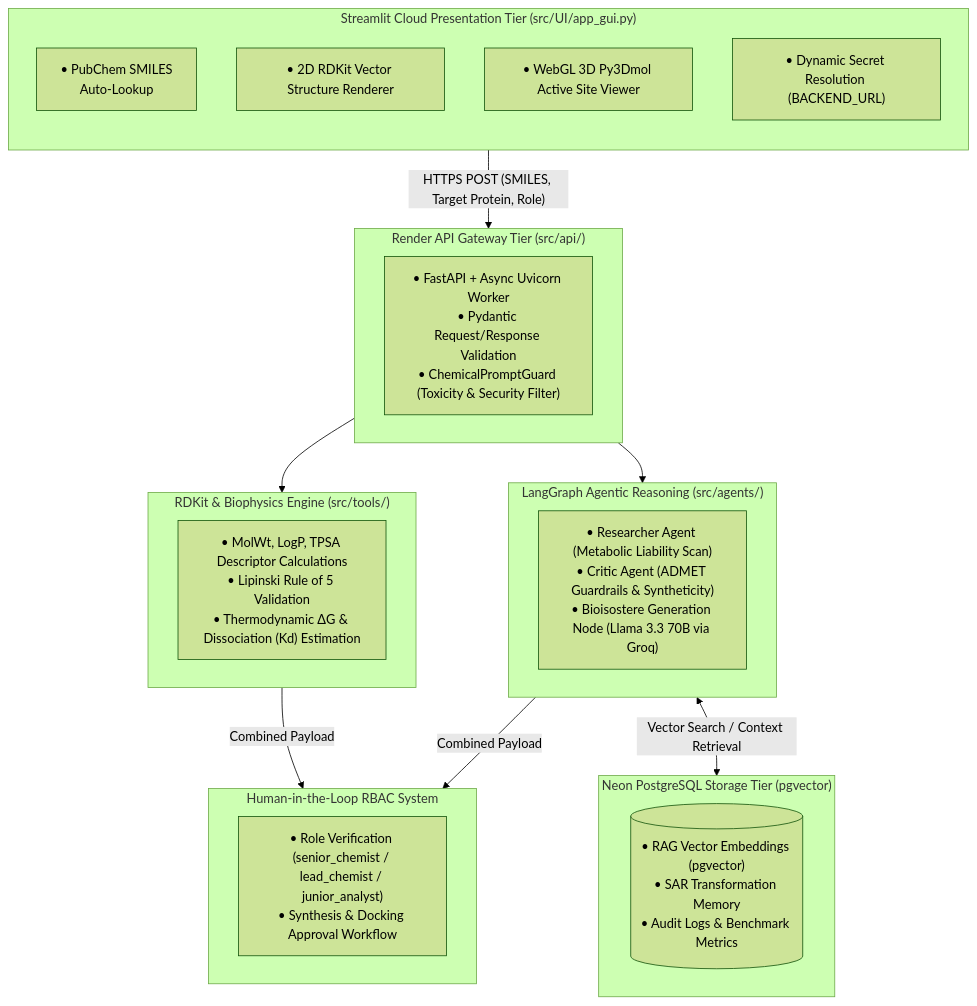
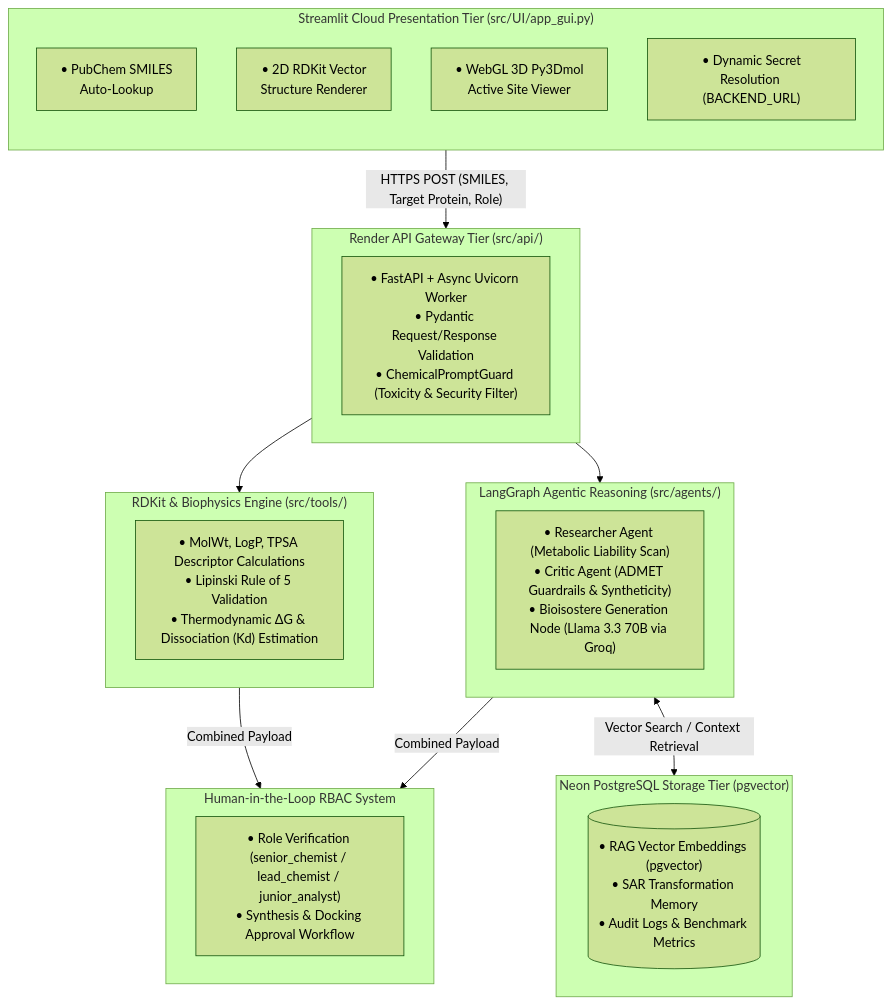
Before and after one commit to akkamble90/LeadOpt-AI: the diagram in README.md, drawn with Mermaid (forest theme). The commit also changed other lines of this file, not shown here.

````diff
--- a/README.md
+++ b/README.md
@@ -32,37 +34,37 @@
 ```mermaid
 graph TD
     subgraph UI_Layer[" Streamlit Cloud Presentation Tier (src/UI/app_gui.py)"]
         direction TB
-        UI1["• PubChem SMILES<br/>Auto-Lookup"]
-        UI2["• 2D RDKit Vector Structure Renderer"]
-        UI3["• WebGL 3D Py3Dmol Active Site Viewer"]
-        UI4["• Dynamic Secret Resolution (BACKEND_URL)"]
+        UI1["• PubChem SMILES <br/>Auto-Lookup"]
+        UI2["• 2D RDKit Vector<br/>Structure Renderer"]
+        UI3["• WebGL 3D Py3Dmol<br/>Active Site Viewer"]
+        UI4["• Dynamic Secret<br/>Resolution (BACKEND_URL)"]
     end
 
     subgraph API_Layer[" Render API Gateway Tier (src/api/)"]
         API["• FastAPI + Async Uvicorn Worker<br/>• Pydantic Request/Response Validation<br/>• ChemicalPromptGuard (Toxicity & Security Filter)"]
     end
 
     subgraph Comp_Engine[" RDKit & Biophysics Engine (src/tools/)"]
         RDKit["• MolWt, LogP, TPSA Descriptor Calculations<br/>• Lipinski Rule of 5 Validation<br/>• Thermodynamic ΔG & Dissociation (Kd) Estimation"]
     end
 
     subgraph Agent_Orch[" LangGraph Agentic Reasoning (src/agents/)"]
         Graph["• Researcher Agent (Metabolic Liability Scan)<br/>• Critic Agent (ADMET Guardrails & Syntheticity)<br/>• Bioisostere Generation Node (Llama 3.3 70B via Groq)"]
     end
 
     subgraph DB_Layer[" Neon PostgreSQL Storage Tier (pgvector)"]
         DB[("• RAG Vector Embeddings (pgvector)<br/>• SAR Transformation Memory<br/>• Audit Logs & Benchmark Metrics")]
     end
 
     subgraph Governance[" Human-in-the-Loop RBAC System"]
         HITL["• Role Verification (senior_chemist / lead_chemist / junior_analyst)<br/>• Synthesis & Docking Approval Workflow"]
     end
 
     UI_Layer -->|"HTTPS POST (SMILES, Target Protein, Role)"| API_Layer
     API_Layer --> Comp_Engine
     API_Layer --> Agent_Orch
     Agent_Orch <-->|"Vector Search / Context Retrieval"| DB_Layer
     Comp_Engine -->|"Combined Payload"| Governance
     Agent_Orch -->|"Combined Payload"| Governance
 ```
````
